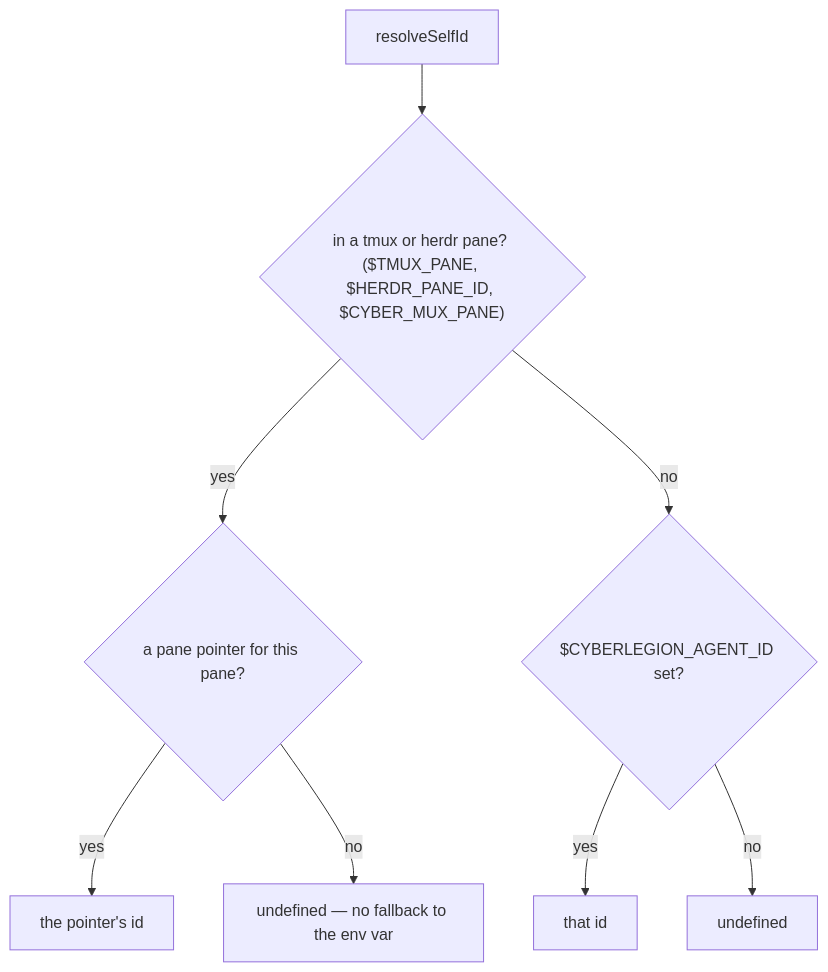
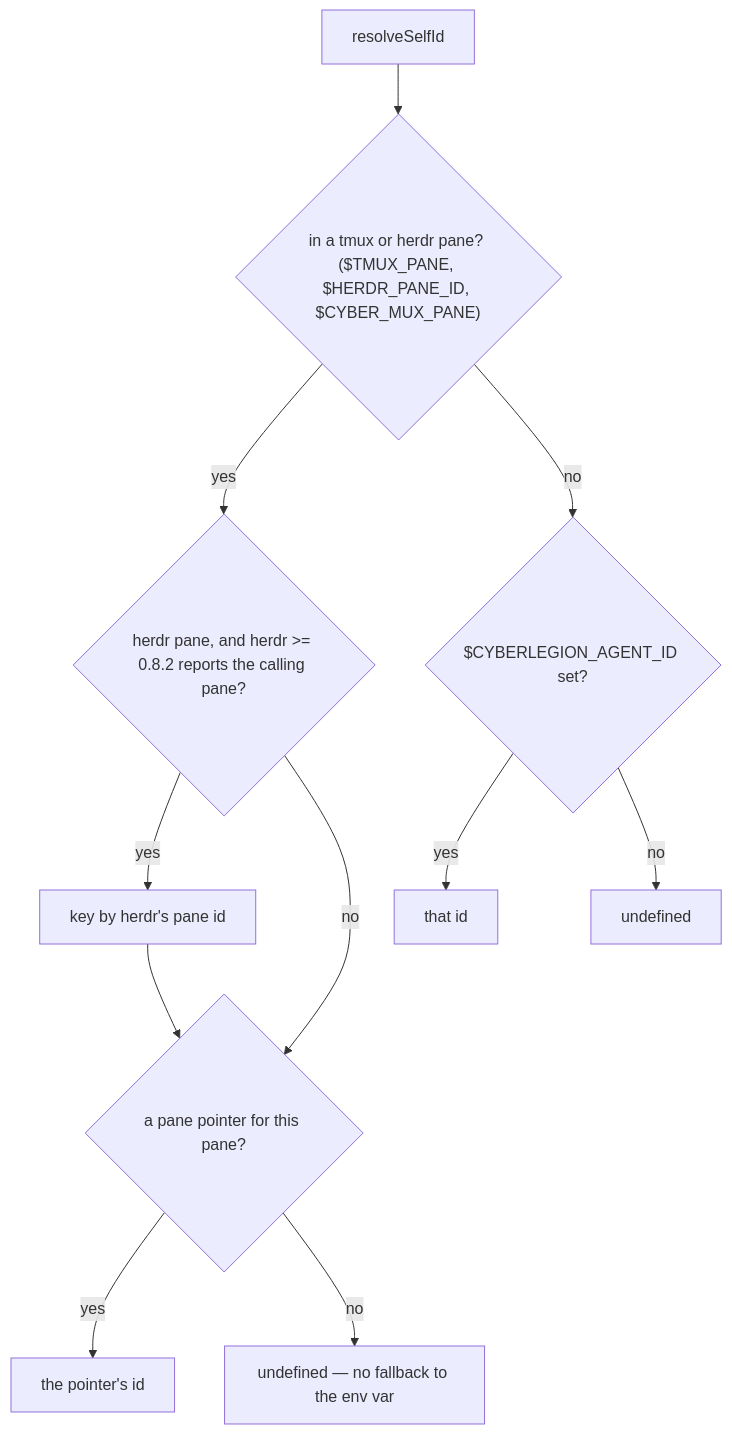
One commit to cyberuni/cyberlegion changed the fourth of 13 diagrams in packages/cyberlegion/.agents/spec/unit/registry/README.md. Above: the diagram before and after it, drawn with Mermaid. The commit also changed other lines of this file and 5 other files, not shown here.

First line of the commit message:
fix: resolve a herdr session's own pane from herdr, not a stale env id (#266)

````diff
--- a/packages/cyberlegion/.agents/spec/unit/registry/README.md
+++ b/packages/cyberlegion/.agents/spec/unit/registry/README.md
@@ -489,10 +499,12 @@
 ```mermaid
 graph TD
   SI0["resolveSelfId"] --> SI1{"in a tmux or herdr pane? ($TMUX_PANE, $HERDR_PANE_ID, $CYBER_MUX_PANE)"}
-  SI1 -- yes --> SI2{"a pane pointer for this pane?"}
+  SI1 -- yes --> SIH{"herdr pane, and herdr >= 0.8.2 reports the calling pane?"}
+  SIH -- yes --> SIHY["key by herdr's pane id"] --> SI2
+  SIH -- no --> SI2{"a pane pointer for this pane?"}
   SI2 -- yes --> SI2Y["the pointer's id"]
   SI2 -- no --> SI2N["undefined — no fallback to the env var"]
   SI1 -- no --> SI3{"$CYBERLEGION_AGENT_ID set?"}
   SI3 -- yes --> SI3Y["that id"]
   SI3 -- no --> SI3N["undefined"]
 ```
````
